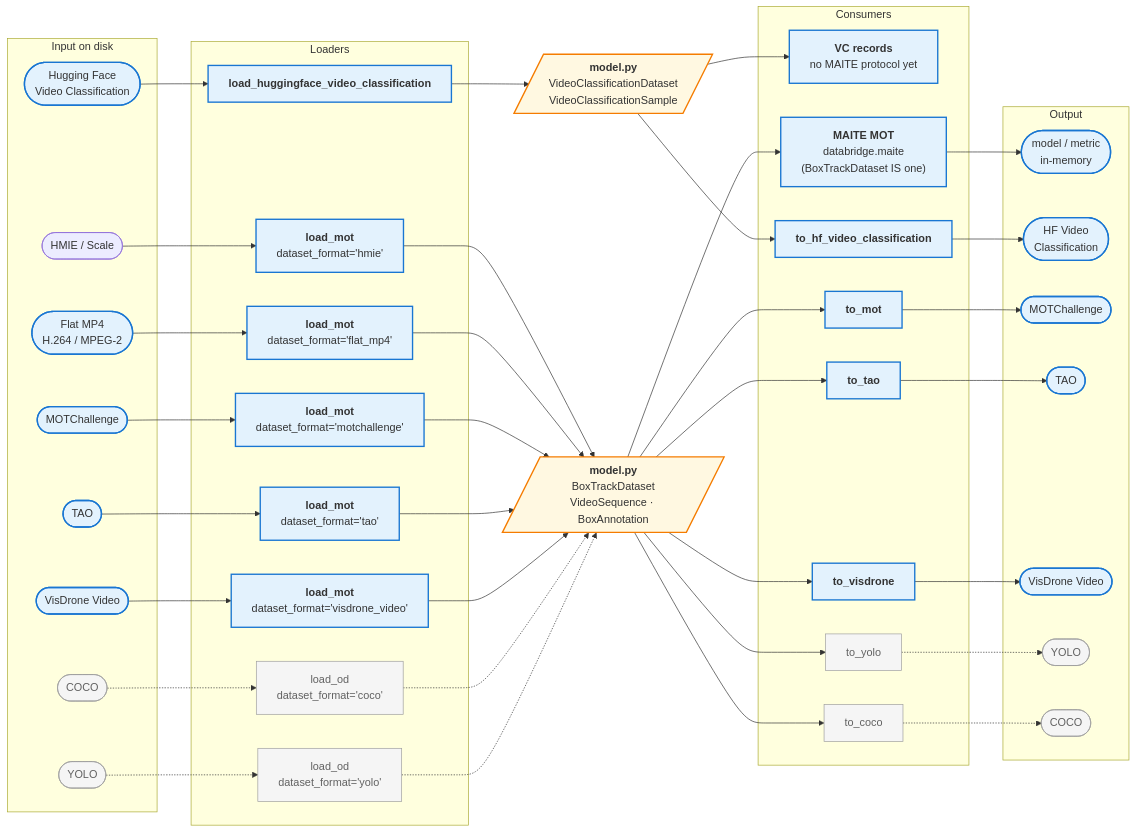
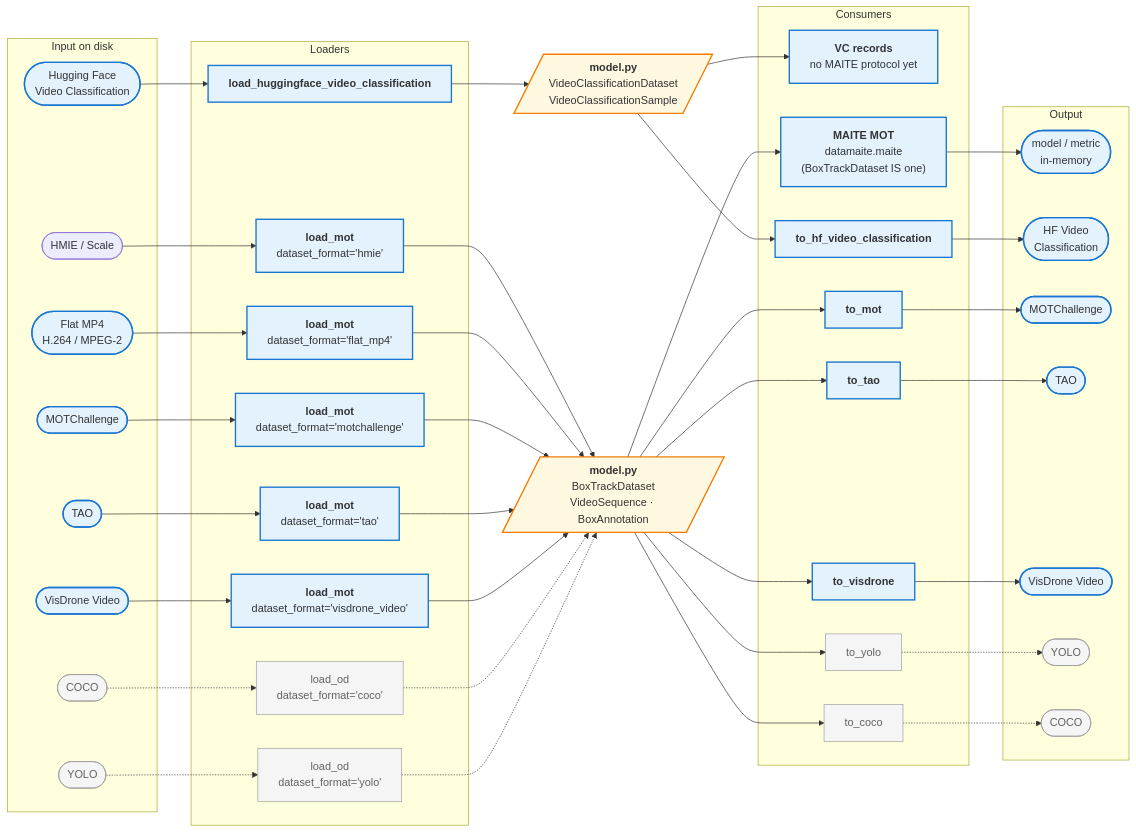
One commit to openteams-ai/datamaite changed the first of 9 diagrams in docs/architecture.md. Above: the diagram before and after it, drawn with Mermaid. The commit also changed other lines of this file and 135 other files, not shown here.

Commit message:
Rename package from databridge to datamaite

```diff
--- a/docs/architecture.md
+++ b/docs/architecture.md
@@ -56,7 +56,7 @@
     subgraph consumers [Consumers]
         VCREC["<b>VC records</b><br/>no MAITE protocol yet"]
         THF["<b>to_hf_video_classification</b>"]
-        MAITE["<b>MAITE MOT</b><br/>databridge.maite<br/>(BoxTrackDataset IS one)"]
+        MAITE["<b>MAITE MOT</b><br/>datamaite.maite<br/>(BoxTrackDataset IS one)"]
         TM["<b>to_mot</b>"]
         TT["<b>to_tao</b>"]
         TV["<b>to_visdrone</b>"]
```
